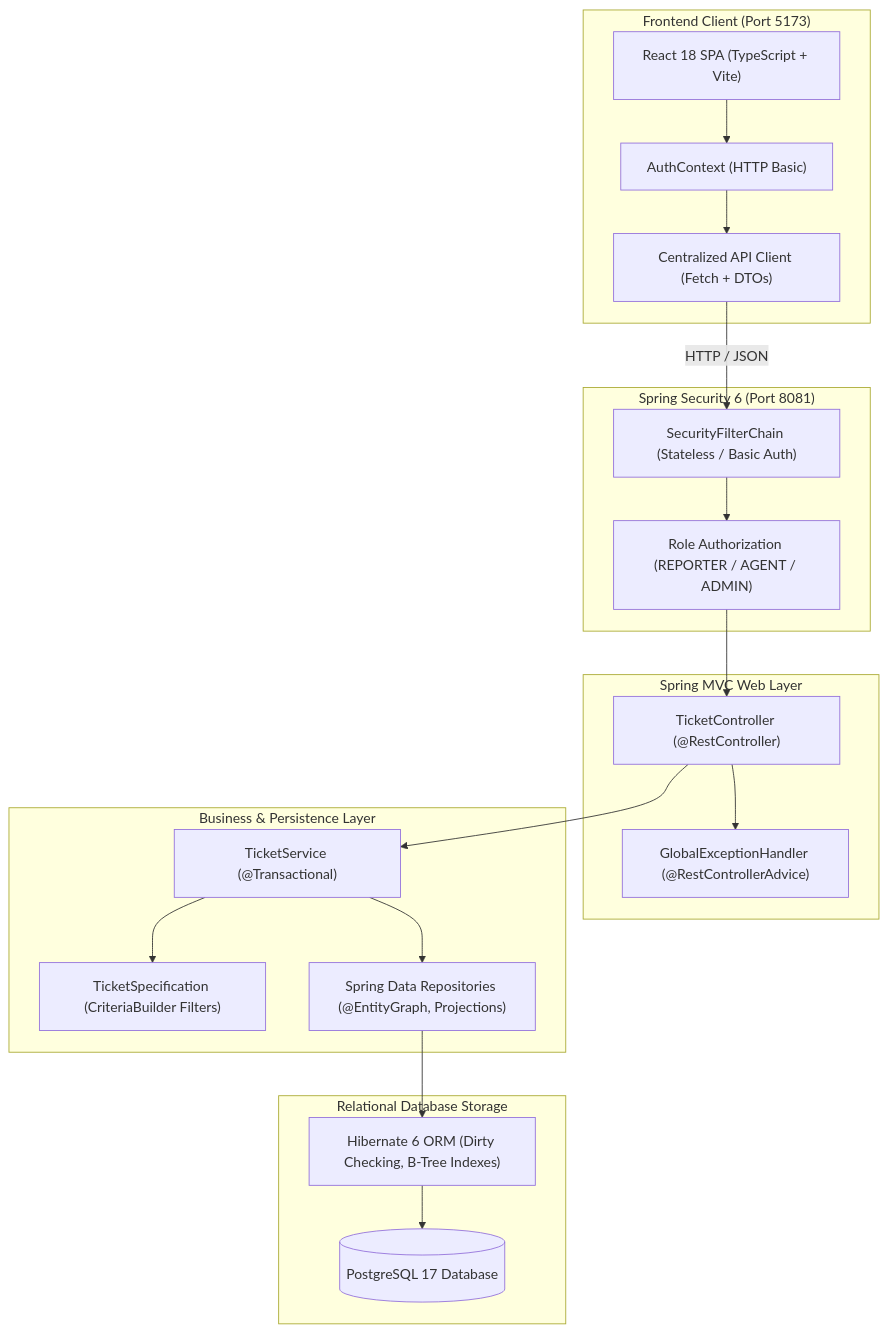
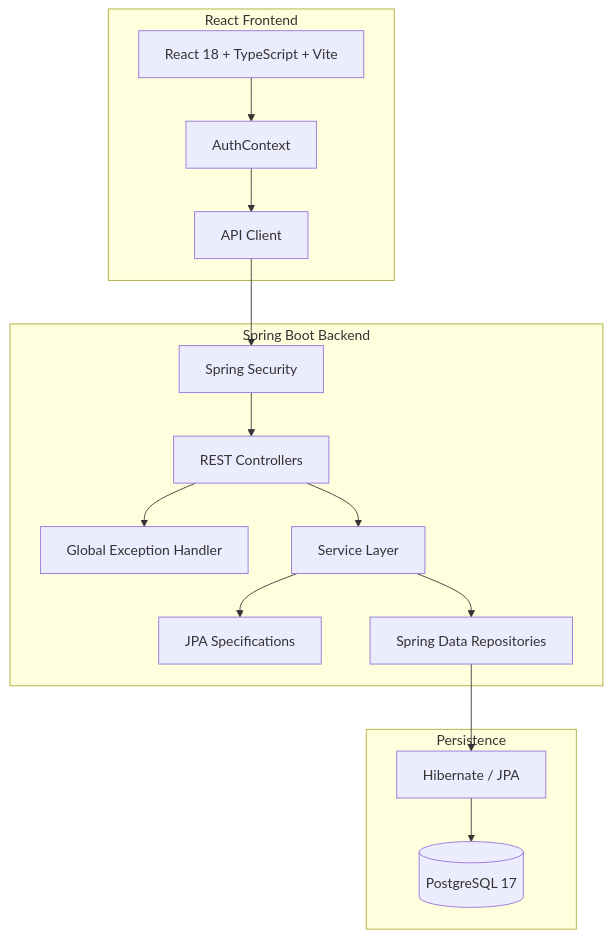
The diagram in README.md (ayesha19765/ResolveHub), drawn with Mermaid before and after one commit. The commit also changed other lines of this file, not shown here.

````diff
--- a/README.md
+++ b/README.md
@@ -47,41 +172,34 @@
 ```mermaid
 flowchart TD
-    subgraph ClientLayer["Frontend Client (Port 5173)"]
-        Browser["React 18 SPA (TypeScript + Vite)"]
-        AuthContext["AuthContext (HTTP Basic)"]
-        APIClient["Centralized API Client (Fetch + DTOs)"]
+
+    subgraph Client["React Frontend"]
+        Browser["React 18 + TypeScript + Vite"]
+        Auth["AuthContext"]
+        API["API Client"]
     end
 
-    subgraph SecurityLayer["Spring Security 6 (Port 8081)"]
-        FilterChain["SecurityFilterChain (Stateless / Basic Auth)"]
-        RBAC["Role Authorization (REPORTER / AGENT / ADMIN)"]
+    subgraph Backend["Spring Boot Backend"]
+        Security["Spring Security"]
+        Controller["REST Controllers"]
+        Exception["Global Exception Handler"]
+        Service["Service Layer"]
+        Specs["JPA Specifications"]
+        Repository["Spring Data Repositories"]
     end
 
-    subgraph WebLayer["Spring MVC Web Layer"]
-        Controller["TicketController (@RestController)"]
-        GlobalException["GlobalExceptionHandler (@RestControllerAdvice)"]
+    subgraph Database["Persistence"]
+        Hibernate["Hibernate / JPA"]
+        PostgreSQL[("PostgreSQL 17")]
     end
 
-    subgraph ServiceLayer["Business & Persistence Layer"]
-        Service["TicketService (@Transactional)"]
-        Specs["TicketSpecification (CriteriaBuilder Filters)"]
-        Repo["Spring Data Repositories (@EntityGraph, Projections)"]
-    end
-
-    subgraph DatabaseLayer["Relational Database Storage"]
-        Hibernate["Hibernate 6 ORM (Dirty Checking, B-Tree Indexes)"]
-        PostgreSQL[("PostgreSQL 17 Database")]
-    end
-
-    Browser --> AuthContext
-    AuthContext --> APIClient
-    APIClient -->|HTTP / JSON| FilterChain
-    FilterChain --> RBAC
-    RBAC --> Controller
-    Controller --> GlobalException
+    Browser --> Auth
+    Auth --> API
+    API --> Security
+    Security --> Controller
+    Controller --> Exception
     Controller --> Service
     Service --> Specs
-    Service --> Repo
-    Repo --> Hibernate
+    Service --> Repository
+    Repository --> Hibernate
     Hibernate --> PostgreSQL
 ```
````
